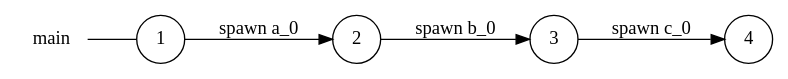
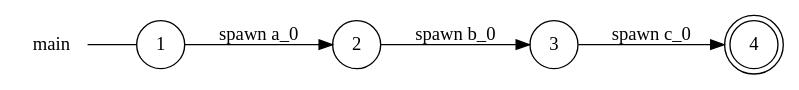
Before and after one commit to gabrielegenovese/chorer: the diagram in examples/trick/main_local_view.dot, drawn with Graphviz. The commit also changed 36 other files, not shown here.

```diff
--- a/examples/trick/main_local_view.dot
+++ b/examples/trick/main_local_view.dot
@@ -1,13 +1,13 @@
 digraph main {
 	rankdir="LR";
 	n_0 [label="main", shape="plaintext"];
 	n_1 [id="1", shape=circle, label="1"];
 	n_0 -> n_1 [arrowhead=none];
 	n_2 [id="2", shape=circle, label="2"];
-	n_3 [id="4", shape=circle, label="4"];
+	n_3 [id="4", shape=doublecircle, label="4"];
 	n_4 [id="3", shape=circle, label="3"];
 
-	n_4 -> n_3 [id="[$e|0]", label="spawn c_0"];
 	n_1 -> n_2 [id="[$e|1]", label="spawn a_0"];
 	n_2 -> n_4 [id="[$e|2]", label="spawn b_0"];
+	n_4 -> n_3 [id="[$e|0]", label="spawn c_0"];
 }
```
